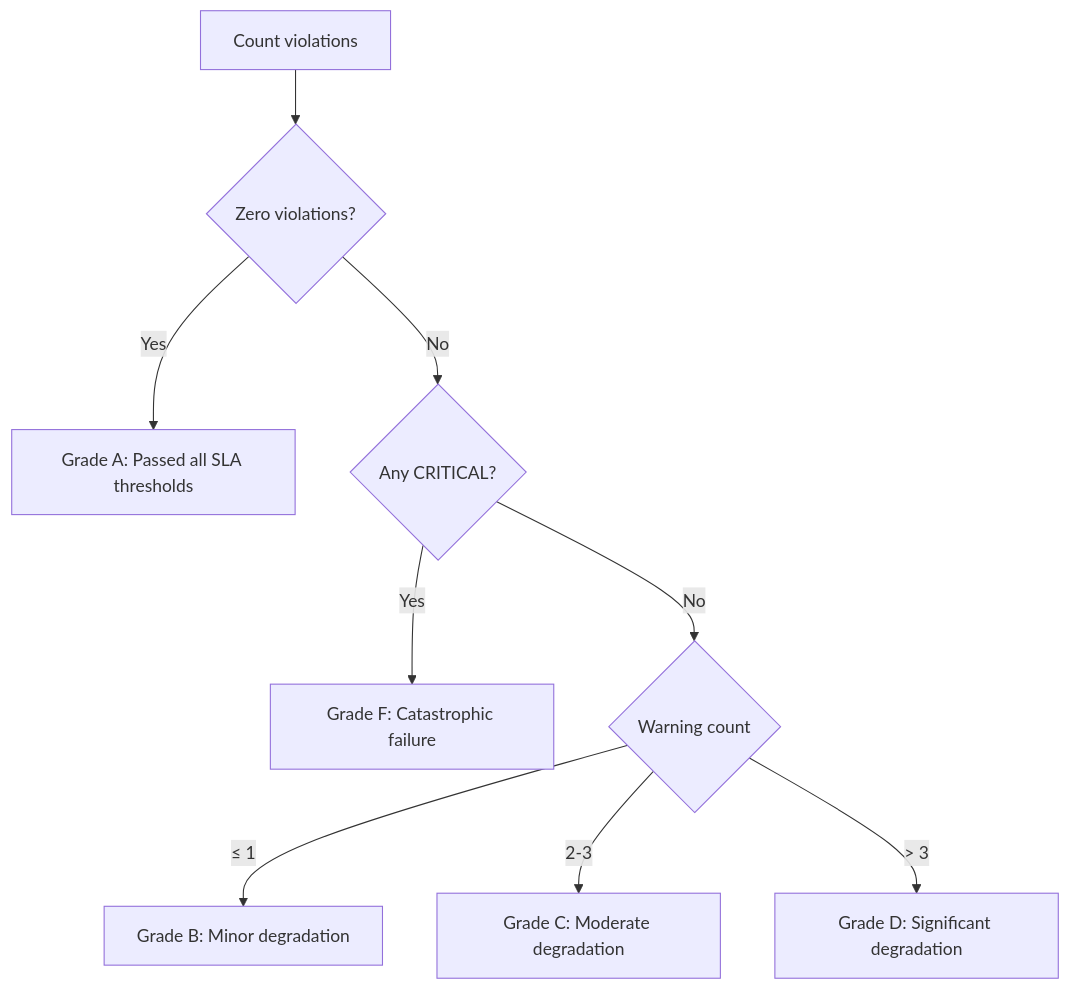
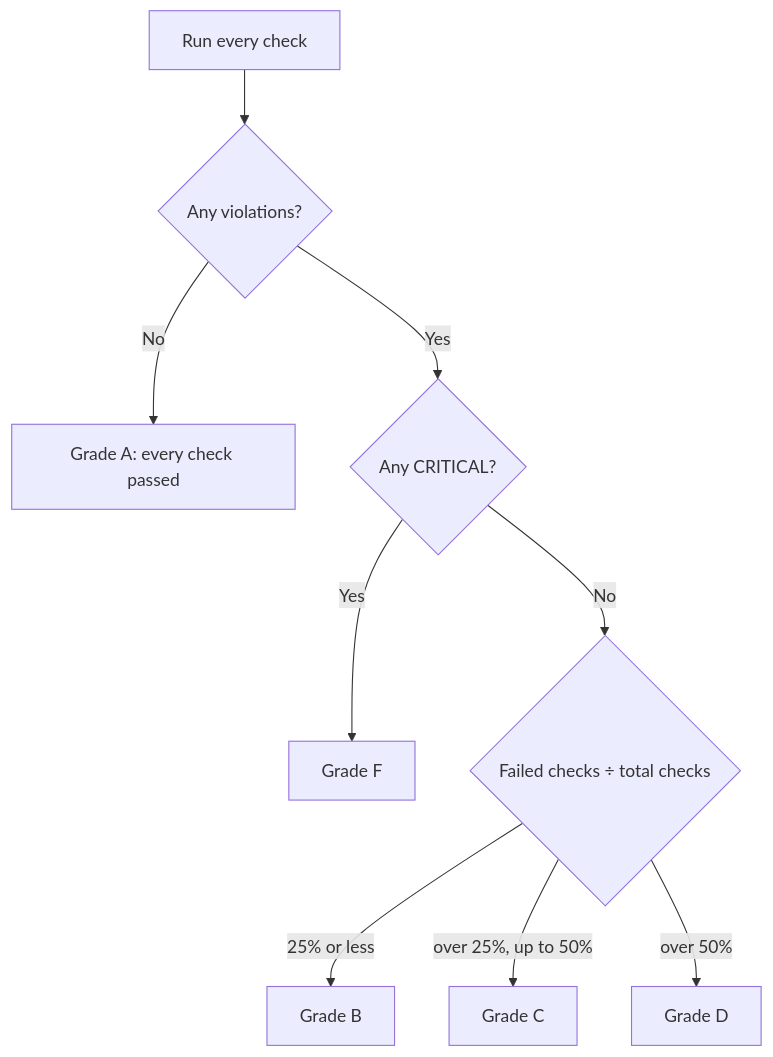
Before and after one commit to bmscomp/kates: the second of 3 diagrams in kates/docs/disruption-guide.md, drawn with Mermaid. The commit also changed other lines of this file and 1 other file, not shown here.

Commit message:
docs(disruption): make the JSON plan examples and SLA grading match the code

````diff
--- a/kates/docs/disruption-guide.md
+++ b/kates/docs/disruption-guide.md
@@ -398,11 +413,11 @@
 ```mermaid
 flowchart TD
-    Start["Count violations"] --> Empty{"Zero violations?"}
-    Empty -- Yes --> A["Grade A: Passed all SLA thresholds"]
-    Empty -- No --> Critical{"Any CRITICAL?"}
-    Critical -- Yes --> F["Grade F: Catastrophic failure"]
-    Critical -- No --> Count{"Warning count"}
-    Count -- "≤ 1" --> B["Grade B: Minor degradation"]
-    Count -- "2-3" --> C["Grade C: Moderate degradation"]
-    Count -- "> 3" --> D["Grade D: Significant degradation"]
+    Start["Run every check"] --> Empty{"Any violations?"}
+    Empty -- No --> A["Grade A: every check passed"]
+    Empty -- Yes --> Critical{"Any CRITICAL?"}
+    Critical -- Yes --> F["Grade F"]
+    Critical -- No --> Fraction{"Failed checks ÷ total checks"}
+    Fraction -- "25% or less" --> B["Grade B"]
+    Fraction -- "over 25%, up to 50%" --> C["Grade C"]
+    Fraction -- "over 50%" --> D["Grade D"]
 ```
````
